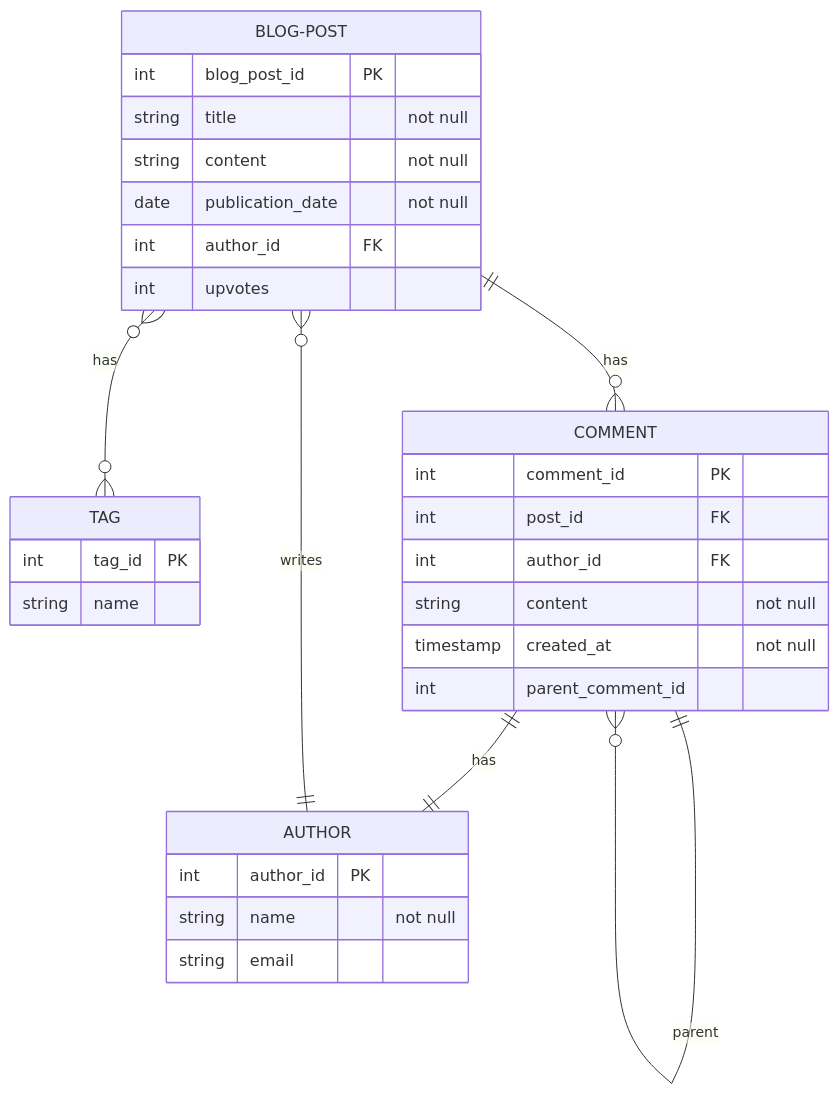
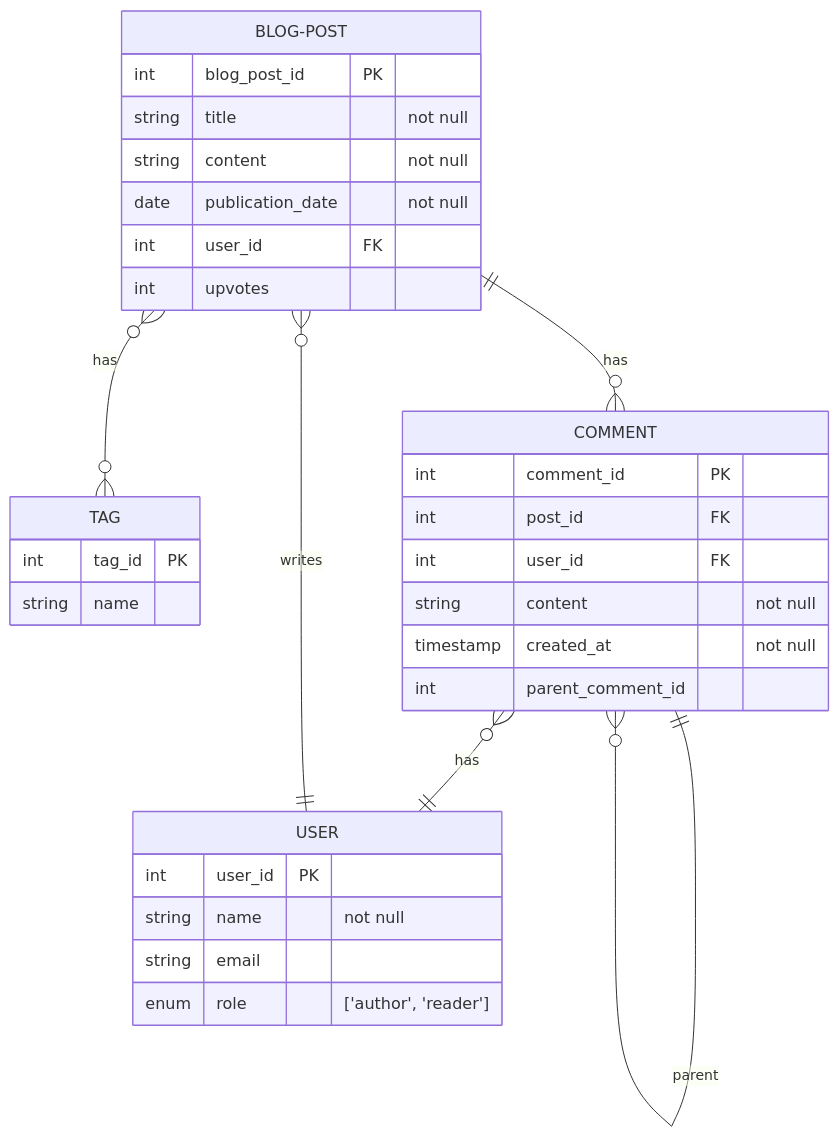
The diagram in diagrams/ER-DIAGRAM.md (DenisJulio/blog-api), drawn with Mermaid before and after one commit. The commit also changed 1 other file, not shown here.

Commit message:
Adds roles to the diagrams

````diff
--- a/diagrams/ER-DIAGRAM.md
+++ b/diagrams/ER-DIAGRAM.md
@@ -3,37 +3,38 @@
 ```mermaid
 erDiagram
     BLOG-POST {
         int blog_post_id PK
         string title "not null"
         string content "not null"
         date publication_date "not null" 
-        int author_id FK
+        int user_id FK
         int upvotes
     }
 
     TAG {
         int tag_id PK
         string name
     }
     
-    AUTHOR {
-        int author_id PK
+    USER {
+        int user_id PK
         string name "not null"
         string email
+        enum role "['author', 'reader']"
     }
     
     COMMENT {
         int comment_id PK
         int post_id FK
-        int author_id FK
+        int user_id FK
         string content "not null"
         timestamp created_at "not null"
         int parent_comment_id
     }
 
     BLOG-POST }o--o{ TAG : has
-    AUTHOR ||--o{ BLOG-POST : writes
+    USER ||--o{ BLOG-POST : writes
     BLOG-POST ||--o{ COMMENT : has
-    COMMENT ||--|| AUTHOR : has
+    COMMENT }o--|| USER : has
     COMMENT ||--o{ COMMENT : parent
 ```
````
